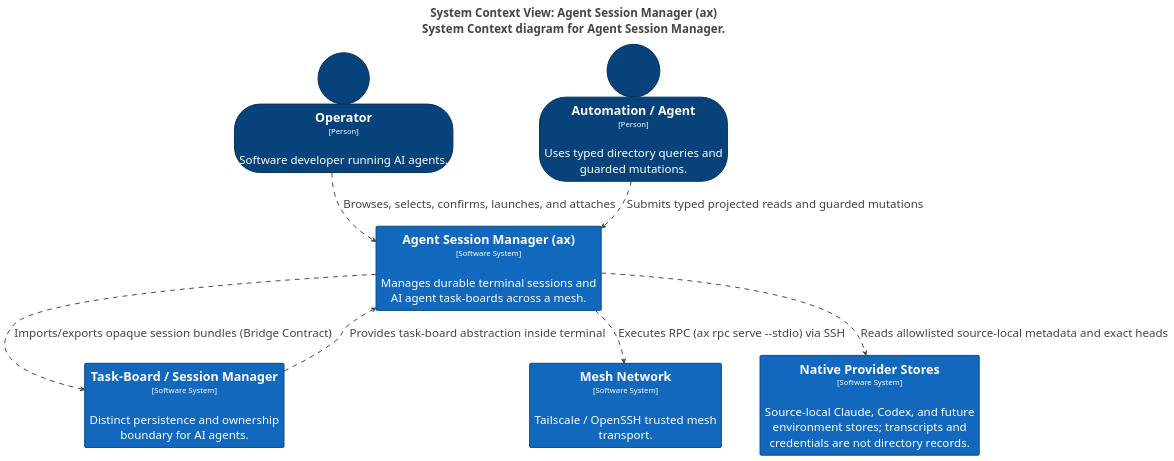
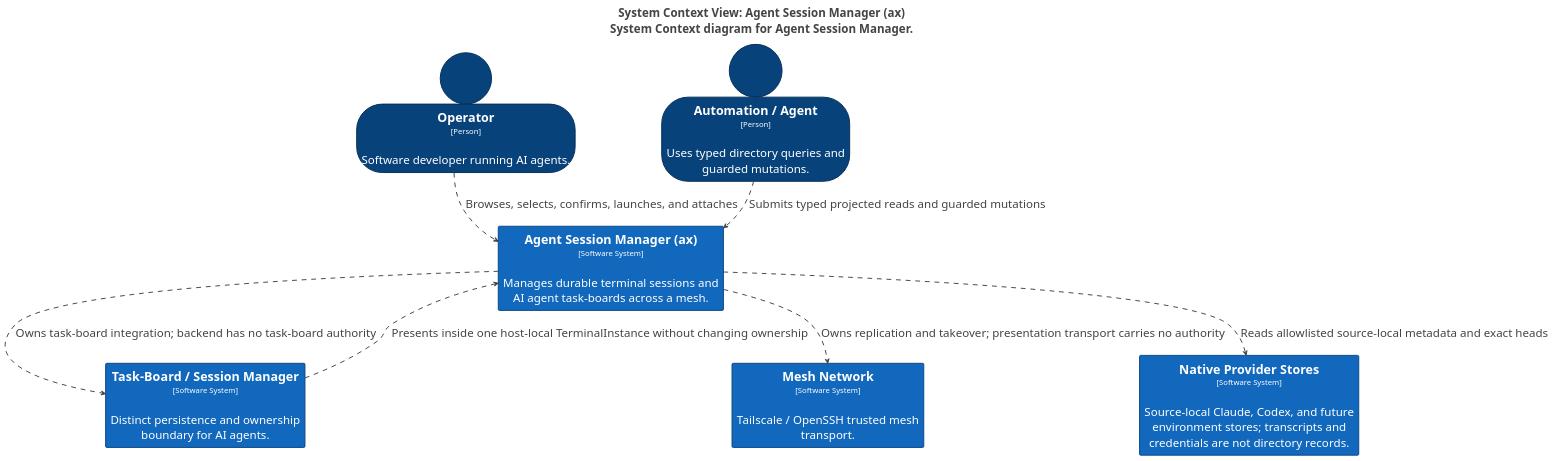
The diagram in diagrams/c4/structurizr-SystemContext.puml (relux-works/agent-session-manager-spec), drawn with PlantUML before and after one commit. The commit also changed 32 other files, not shown here.

Commit message:
spec: publish v0.5.0 terminal backend contract

```diff
--- a/diagrams/c4/structurizr-SystemContext.puml
+++ b/diagrams/c4/structurizr-SystemContext.puml
@@ -1,63 +1,63 @@
 @startuml
 title <size:24>System Context View: Agent Session Manager (ax)</size>\n<size:24>System Context diagram for Agent Session Manager.</size>
 
 set separator none
 top to bottom direction
 skinparam ranksep 60
 skinparam nodesep 30
 hide stereotype
 
 <style>
   root {
     BackgroundColor: #ffffff;
     FontColor: #444444;
   }
   // Element,Person
   .Element-RWxlbWVudCxQZXJzb24= {
     BackgroundColor: #08427b;
     LineColor: #052e56;
     LineStyle: 0;
     LineThickness: 2;
     FontColor: #ffffff;
     FontSize: 24;
     HorizontalAlignment: center;
     Shadowing: 0;
     MaximumWidth: 450;
   }
   // Element,Software System
   .Element-RWxlbWVudCxTb2Z0d2FyZSBTeXN0ZW0= {
     BackgroundColor: #1168bd;
     LineColor: #0b4884;
     LineStyle: 0;
     LineThickness: 2;
     FontColor: #ffffff;
     FontSize: 24;
     HorizontalAlignment: center;
     Shadowing: 0;
     MaximumWidth: 450;
   }
   // Relationship
   .Relationship-UmVsYXRpb25zaGlw {
     LineThickness: 2;
     LineStyle: 10-10;
     LineColor: #444444;
     FontColor: #444444;
     FontSize: 24;
   }
 </style>
 
 person "==Operator\n<size:16>[Person]</size>\n\nSoftware developer running AI agents." <<Element-RWxlbWVudCxQZXJzb24=>> as Operator
 person "==Automation / Agent\n<size:16>[Person]</size>\n\nUses typed directory queries and guarded mutations." <<Element-RWxlbWVudCxQZXJzb24=>> as AutomationAgent
 rectangle "==Task-Board / Session Manager\n<size:16>[Software System]</size>\n\nDistinct persistence and ownership boundary for AI agents." <<Element-RWxlbWVudCxTb2Z0d2FyZSBTeXN0ZW0=>> as TaskBoardSessionManager
 rectangle "==Mesh Network\n<size:16>[Software System]</size>\n\nTailscale / OpenSSH trusted mesh transport." <<Element-RWxlbWVudCxTb2Z0d2FyZSBTeXN0ZW0=>> as MeshNetwork
 rectangle "==Native Provider Stores\n<size:16>[Software System]</size>\n\nSource-local Claude, Codex, and future environment stores; transcripts and credentials are not directory records." <<Element-RWxlbWVudCxTb2Z0d2FyZSBTeXN0ZW0=>> as NativeProviderStores
 rectangle "==Agent Session Manager (ax)\n<size:16>[Software System]</size>\n\nManages durable terminal sessions and AI agent task-boards across a mesh." <<Element-RWxlbWVudCxTb2Z0d2FyZSBTeXN0ZW0=>> as AgentSessionManagerax
 
 Operator --> AgentSessionManagerax <<Relationship-UmVsYXRpb25zaGlw>> : "Browses, selects, confirms, launches, and attaches"
 AutomationAgent --> AgentSessionManagerax <<Relationship-UmVsYXRpb25zaGlw>> : "Submits typed projected reads and guarded mutations"
 AgentSessionManagerax --> NativeProviderStores <<Relationship-UmVsYXRpb25zaGlw>> : "Reads allowlisted source-local metadata and exact heads"
-TaskBoardSessionManager --> AgentSessionManagerax <<Relationship-UmVsYXRpb25zaGlw>> : "Provides task-board abstraction inside terminal"
-AgentSessionManagerax --> TaskBoardSessionManager <<Relationship-UmVsYXRpb25zaGlw>> : "Imports/exports opaque session bundles (Bridge Contract)"
-AgentSessionManagerax --> MeshNetwork <<Relationship-UmVsYXRpb25zaGlw>> : "Executes RPC (ax rpc serve --stdio) via SSH"
+AgentSessionManagerax --> TaskBoardSessionManager <<Relationship-UmVsYXRpb25zaGlw>> : "Owns task-board integration; backend has no task-board authority"
+AgentSessionManagerax --> MeshNetwork <<Relationship-UmVsYXRpb25zaGlw>> : "Owns replication and takeover; presentation transport carries no authority"
+TaskBoardSessionManager --> AgentSessionManagerax <<Relationship-UmVsYXRpb25zaGlw>> : "Presents inside one host-local TerminalInstance without changing ownership"
 
 @enduml
```
